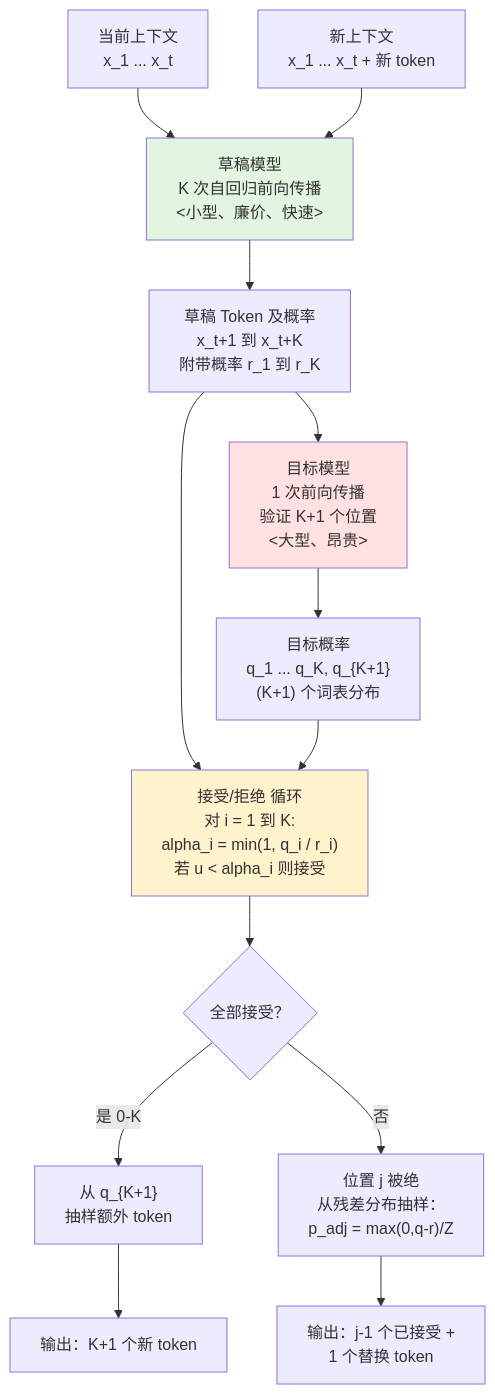
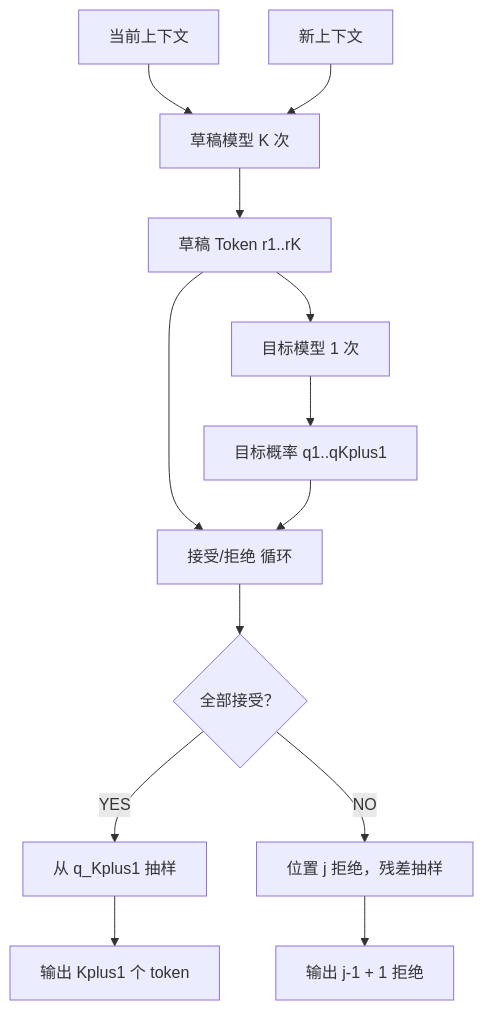
The first of 2 diagrams in tutorials/zh/03-speculative-decoding.md (Playitcooool/advanced-ai-daily), drawn with Mermaid before and after one commit. The commit also changed other lines of this file and 1 other file, not shown here.

Commit message:
fix: simplify Mermaid diagrams to resolve parse errors
- Replace complex Mermaid blocks in tutorial 03 (EN and ZH)
- Remove nested node definitions, newlines in labels, complex styling
- Use basic node IDs first, then definitions after arrows
- Remove subgraph wrappers that may cause GitHub parser issues
- Replace K+1, q_K+1, etc. with Kplus1, q_Kplus1 to avoid + parsing issues
- Simplify label syntax: use YES/NO instead of 'Yes (0-K)'/'No'

````diff
--- a/tutorials/zh/03-speculative-decoding.md
+++ b/tutorials/zh/03-speculative-decoding.md
@@ -34,22 +34,28 @@
 ```mermaid
 flowchart TD
-    Context["当前上下文\nx_1 ... x_t"] --> DraftGen["草稿模型\nK 次自回归前向传播\n<小型、廉价、快速>"]
-    DraftGen --> DraftOut["草稿 Token 及概率\nx_t+1 到 x_t+K\n附带概率 r_1 到 r_K"]
-    DraftOut --> Verification["目标模型\n1 次前向传播\n验证 K+1 个位置\n<大型、昂贵>"]
-    Verification --> TargetProbs["目标概率\nq_1 ... q_K, q_{K+1}\n(K+1) 个词表分布"]
+    Context --> DraftGen
+    DraftGen --> DraftOut
+    DraftOut --> Verification
+    Verification --> TargetProbs
+    DraftOut --> AcceptCheck
+    TargetProbs --> AcceptCheck
+    AcceptCheck --> AllAccepted
+    AllAccepted -->|YES| Bonus
+    AllAccepted -->|NO| Rejection
+    Bonus --> Output
+    Rejection --> OutputRej
+    OutputContext --> DraftGen
 
-    DraftOut --> AcceptCheck["接受/拒绝 循环\n对 i = 1 到 K:\n  alpha_i = min(1, q_i / r_i)\n  若 u < alpha_i 则接受"]
-    TargetProbs --> AcceptCheck
-
-    AcceptCheck --> AllAccepted{"全部接受？"}
-    AllAccepted -->|是 0-K| Bonus["从 q_{K+1}\n抽样额外 token"]
-    AllAccepted -->|否| Rejection["位置 j 被绝\n从残差分布抽样：\np_adj = max(0,q-r)/Z"]
-    Bonus --> Output["输出：K+1 个新 token"]
-    Rejection --> OutputRej["输出：j-1 个已接受 +\n1 个替换 token"]
-
-    OutputContext["新上下文\nx_1 ... x_t + 新 token"] --> DraftGen
-
-    style DraftGen fill:#e1f5e1
-    style Verification fill:#ffe1e1
-    style AcceptCheck fill:#fff3cd
+    Context["当前上下文"]
+    DraftGen["草稿模型 K 次"]
+    DraftOut["草稿 Token r1..rK"]
+    Verification["目标模型 1 次"]
+    TargetProbs["目标概率 q1..qKplus1"]
+    AcceptCheck["接受/拒绝 循环"]
+    AllAccepted{"全部接受？"}
+    Bonus["从 q_Kplus1 抽样"]
+    Rejection["位置 j 拒绝，残差抽样"]
+    Output["输出 Kplus1 个 token"]
+    OutputRej["输出 j-1 + 1 拒绝"]
+    OutputContext["新上下文"]
 ```
````
